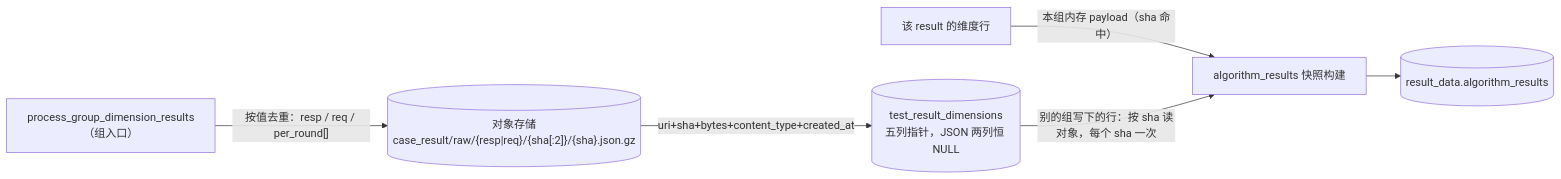
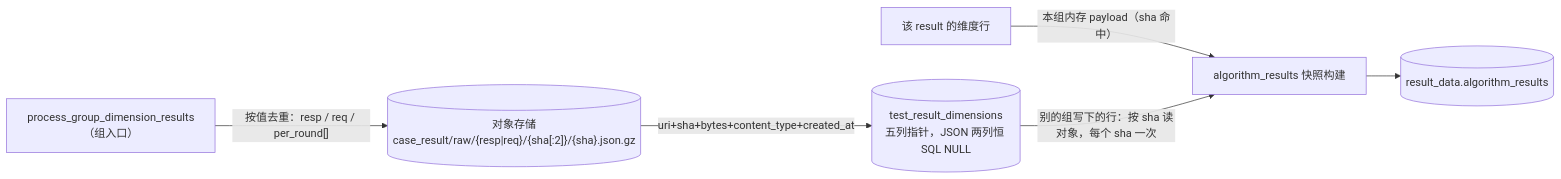
One commit to ydz-auto/intelligent_audio_test changed the second of 3 diagrams in Intelligent-Audio-TEST/doc/功能设计文档/01_测试执行/06_评估与前端.md. Above: the diagram before and after it, drawn with Mermaid. The commit also changed 3 other files, not shown here.

First line of the commit message:
fix(eval): INT-1809 返工——两列置空落 SQL NULL，判空改 SQL 级断言

````diff
--- a/Intelligent-Audio-TEST/doc/功能设计文档/01_测试执行/06_评估与前端.md
+++ b/Intelligent-Audio-TEST/doc/功能设计文档/01_测试执行/06_评估与前端.md
@@ -93,8 +93,8 @@
 ```mermaid
 flowchart LR
     G["process_group_dimension_results（组入口）"] -->|"按值去重：resp / req / per_round[]"| OBJ[("对象存储<br/>case_result/raw/{resp|req}/{sha[:2]}/{sha}.json.gz")]
-    OBJ -->|"uri+sha+bytes+content_type+created_at"| TRD[("test_result_dimensions<br/>五列指针，JSON 两列恒 NULL")]
+    OBJ -->|"uri+sha+bytes+content_type+created_at"| TRD[("test_result_dimensions<br/>五列指针，JSON 两列恒 SQL NULL")]
     ROWS["该 result 的维度行"] -->|"本组内存 payload（sha 命中）"| SNAP["algorithm_results 快照构建"]
     TRD -->|"别的组写下的行：按 sha 读对象，每个 sha 一次"| SNAP
     SNAP --> RD[("result_data.algorithm_results")]
 ```
````
